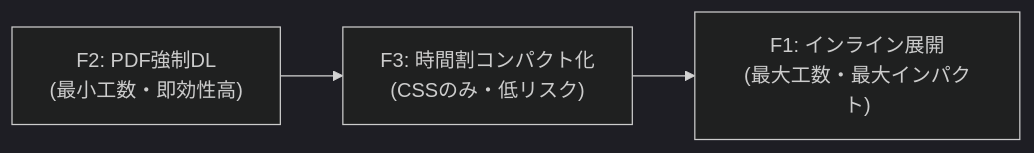
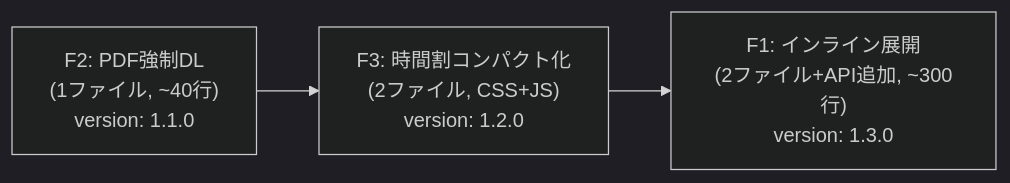
Before and after one commit to Yuk1a1/moodle-plus-r-enhancer-: the second of 2 diagrams in docs/phase2_requirements.md, drawn with Mermaid (dark theme). The commit also changed other lines of this file, not shown here.

````diff
--- a/docs/phase2_requirements.md
+++ b/docs/phase2_requirements.md
@@ -350,5 +594,5 @@
 ```mermaid
 graph LR
-    A["F2: PDF強制DL<br/>(最小工数・即効性高)"] --> B["F3: 時間割コンパクト化<br/>(CSSのみ・低リスク)"]
-    B --> C["F1: インライン展開<br/>(最大工数・最大インパクト)"]
+    A["F2: PDF強制DL<br/>(1ファイル, ~40行)<br/>version: 1.1.0"] --> B["F3: 時間割コンパクト化<br/>(2ファイル, CSS+JS)<br/>version: 1.2.0"]
+    B --> C["F1: インライン展開<br/>(2ファイル+API追加, ~300行)<br/>version: 1.3.0"]
 ```
````
